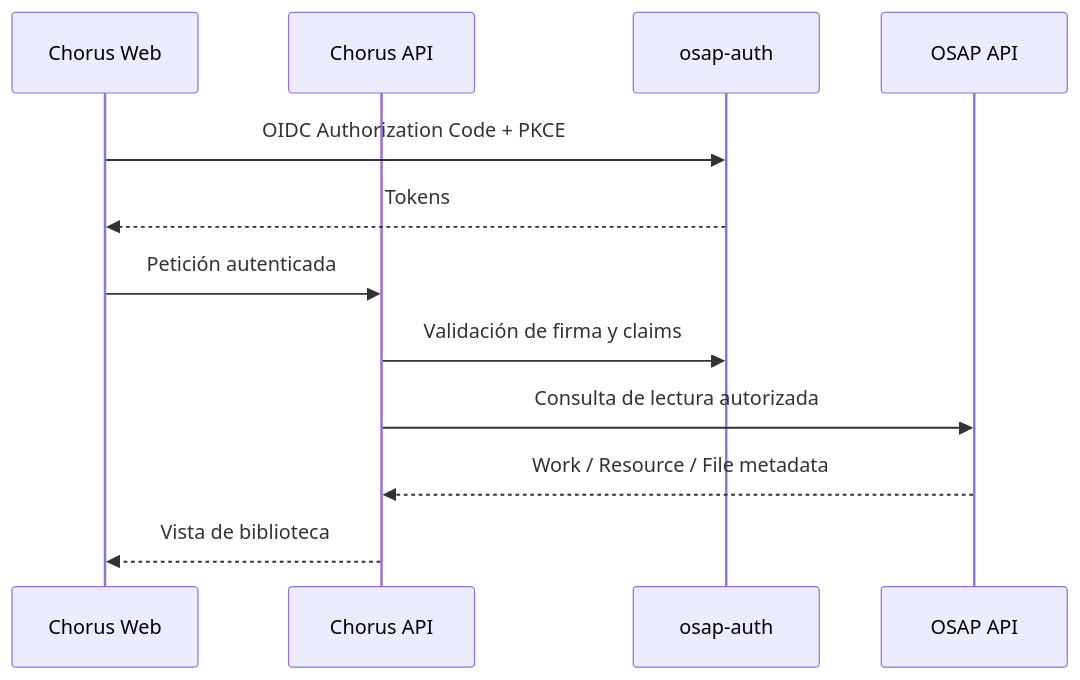
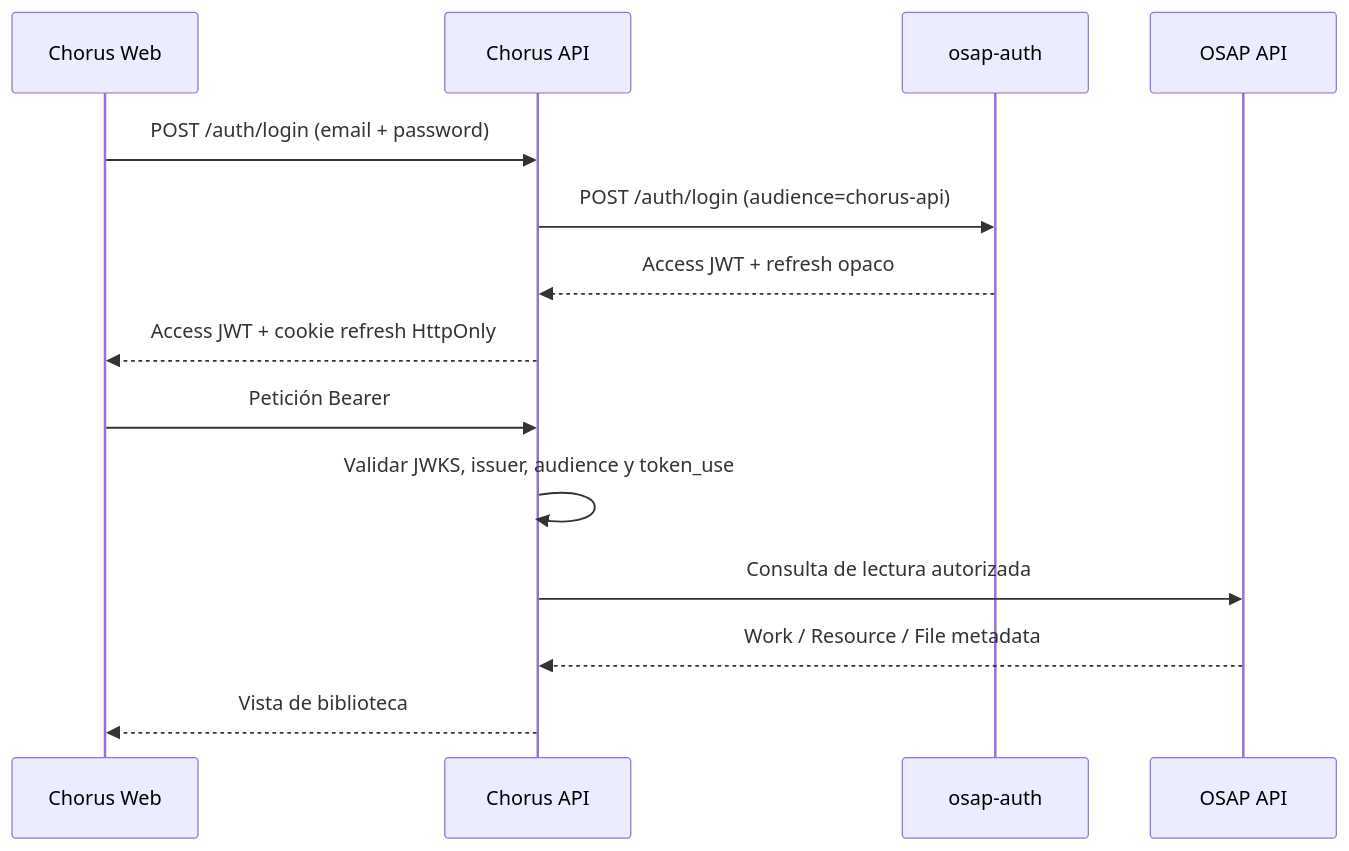
The diagram in docs/integration-contracts.md (recursosformacion/ai_chorus), drawn with Mermaid before and after one commit. The commit also changed other lines of this file, not shown here.

Commit message:
Document and validate Chorus API runtime

````diff
--- a/docs/integration-contracts.md
+++ b/docs/integration-contracts.md
@@ -43,15 +43,17 @@
 ```mermaid
 sequenceDiagram
     participant Browser as Chorus Web
     participant Chorus as Chorus API
     participant Auth as osap-auth
     participant OSAP as OSAP API
 
-    Browser->>Auth: OIDC Authorization Code + PKCE
-    Auth-->>Browser: Tokens
-    Browser->>Chorus: Petición autenticada
-    Chorus->>Auth: Validación de firma y claims
+    Browser->>Chorus: POST /auth/login (email + password)
+    Chorus->>Auth: POST /auth/login (audience=chorus-api)
+    Auth-->>Chorus: Access JWT + refresh opaco
+    Chorus-->>Browser: Access JWT + cookie refresh HttpOnly
+    Browser->>Chorus: Petición Bearer
+    Chorus->>Chorus: Validar JWKS, issuer, audience y token_use
     Chorus->>OSAP: Consulta de lectura autorizada
     OSAP-->>Chorus: Work / Resource / File metadata
     Chorus-->>Browser: Vista de biblioteca
 ```
````
